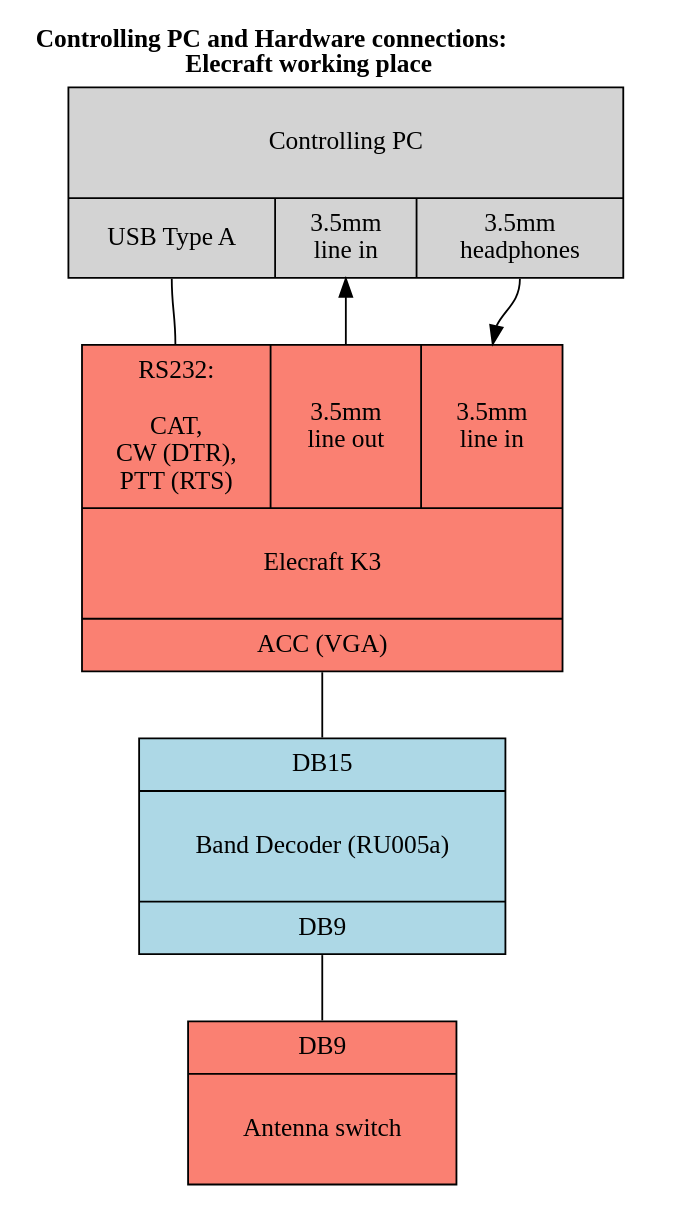
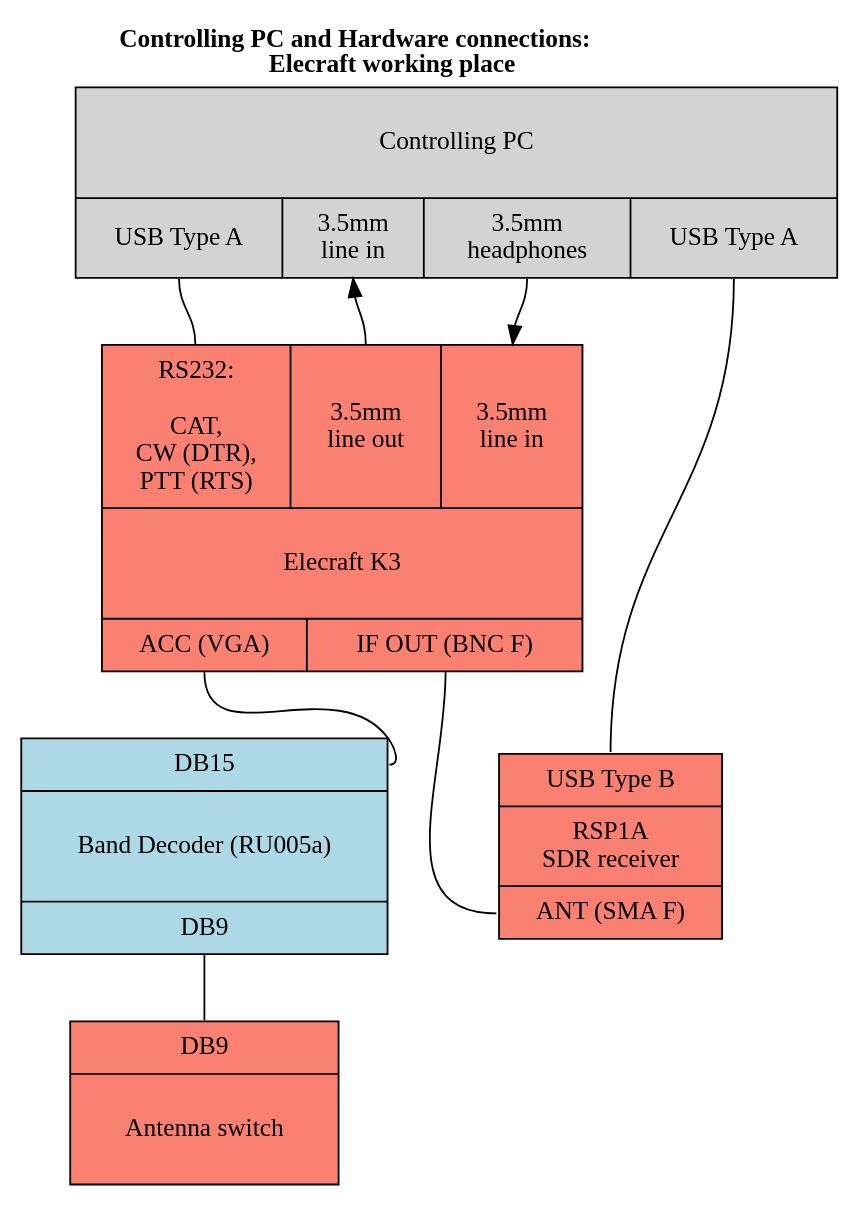
One commit to isemichastnov/hamradio changed the diagram in rk5d-remote/elecraft/gv/hw.gv. Above: the diagram before and after it, drawn with Graphviz. The commit also changed 4 other files, not shown here.

Commit message:
updated RK5D readme: added RSP1A to elecraft setup

```diff
--- a/rk5d-remote/elecraft/gv/hw.gv
+++ b/rk5d-remote/elecraft/gv/hw.gv
@@ -1,29 +1,32 @@
 digraph Arch {
     node [shape = rect, margin = "0.2,0.1"]
     edge [arrowhead = none]
     labelloc = top
 
     label = <<b>Controlling PC and Hardware connections: <br/>Elecraft working place</b>>
 
-    pc [shape = record, style = filled, label = "{ \nControlling PC\n\r | { <usbA>USB Type A | <lineIn>3.5mm\nline in |<earph>3.5mm\nheadphones} }"]
+    pc [shape = record, style = filled, label = "{ \nControlling PC\n\r | { <usbA>USB Type A | <lineIn>3.5mm\nline in |<earph>3.5mm\nheadphones | <usbA2> USB Type A} }"]
 //    headset [shape = record, label = "{ Normal PC Headset\nwith electret mic | <mic> mic | <earph> headphones }"]
 
-    elecraft [shape = record, style = filled, fillcolor = salmon, label = "{ { <com>RS232:\n\nCAT,\nCW (DTR),\nPTT (RTS) | <lineOut>3.5mm\nline out | <lineIn>3.5mm\nline in } | \nElecraft K3\n\r | {<acc> ACC (VGA) } }"];
+    elecraft [shape = record, style = filled, fillcolor = salmon, label = "{ { <com>RS232:\n\nCAT,\nCW (DTR),\nPTT (RTS) | <lineOut>3.5mm\nline out | <lineIn>3.5mm\nline in } | \nElecraft K3\n\r | {<acc> ACC (VGA) | <ifout> IF OUT (BNC F) } }"];
+    rsp [shape = record, style = filled, fillcolor = salmon, label = "{{<usb>USB Type B} | RSP1A\nSDR receiver | {<ant>ANT (SMA F)}}"]
 
     ru005 [shape = record, style = filled, fillcolor = lightblue, label = "{<db15> DB15 | \nBand Decoder (RU005a)\n\r | <db9>DB9 }"]
 
     antennaSwitch [shape = record, style = filled, fillcolor = salmon, label = "{ <db9>DB9 | \n Antenna switch \n\r }"]
 
     ////////// TODO check audio connections
 
     pc: usbA -> elecraft: com
+    pc: usbA2 -> rsp: usb
     pc: earph -> elecraft: lineIn [arrowhead = normal]
     elecraft: lineOut -> pc: lineIn [arrowhead = normal]
     elecraft: acc -> ru005: db15
+    elecraft: ifout:s -> rsp:ant
 
 //    headset: mic -> elecraft: micBack [arrowhead = normal]
 //    headset: earph -> elecraft: earphBack [arrowhead = normal, dir = back]
 
     ru005: db9 -> antennaSwitch: db9
 
 }
```
